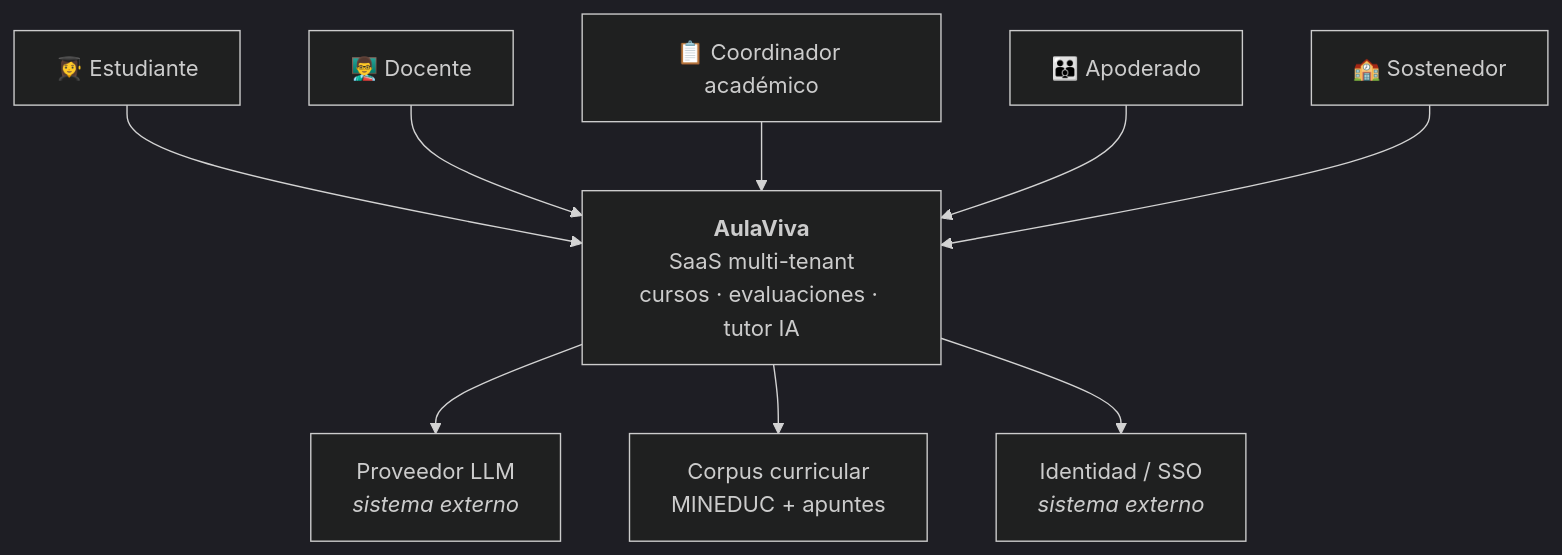
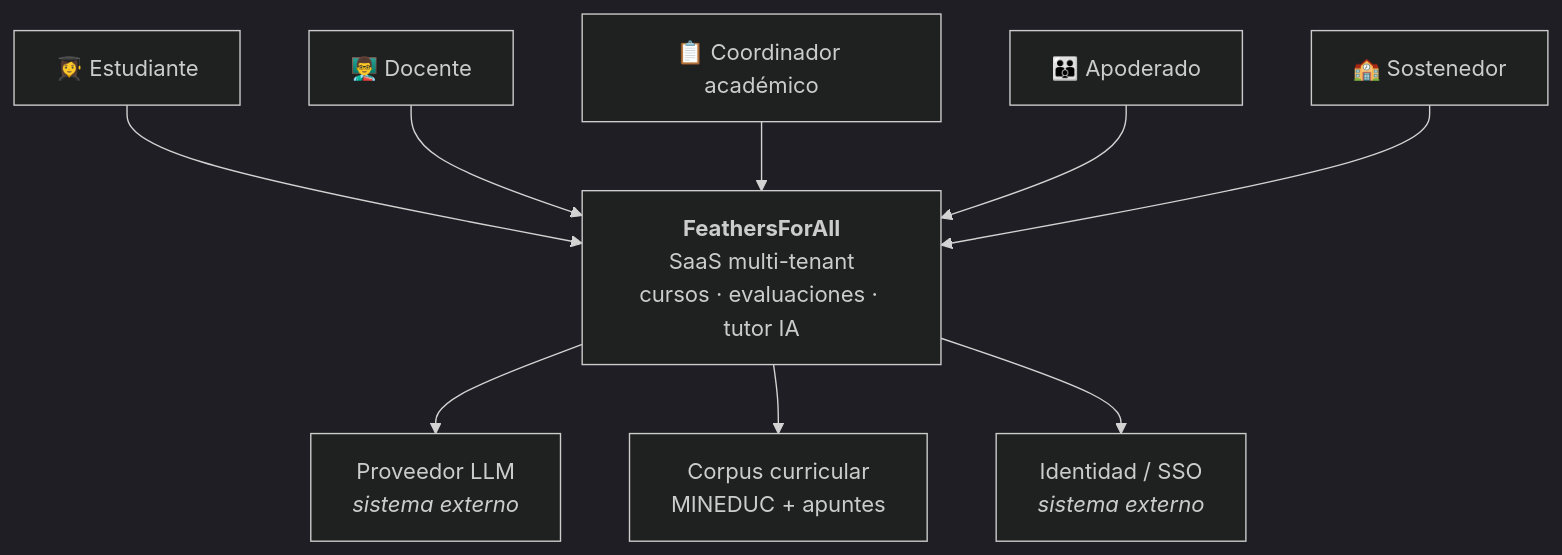
Before and after one commit to Erolayer-Cl/FeathersForAll: the diagram in readme.md, drawn with Mermaid (dark theme). The commit also changed other lines of this file and 112 other files, not shown here.

````diff
--- a/readme.md
+++ b/readme.md
@@ -32,14 +33,14 @@
 ```mermaid
 graph TB
     E["👩‍🎓 Estudiante"] --> AV
     D["👨‍🏫 Docente"] --> AV
     C["📋 Coordinador académico"] --> AV
     A["👪 Apoderado"] --> AV
     S["🏫 Sostenedor"] --> AV
 
-    AV["<b>AulaViva</b><br/>SaaS multi-tenant<br/>cursos · evaluaciones · tutor IA"]
+    AV["<b>FeathersForAll</b><br/>SaaS multi-tenant<br/>cursos · evaluaciones · tutor IA"]
 
     AV --> LLM["Proveedor LLM<br/><i>sistema externo</i>"]
     AV --> CUR["Corpus curricular<br/>MINEDUC + apuntes"]
     AV --> ID["Identidad / SSO<br/><i>sistema externo</i>"]
 ```
````
